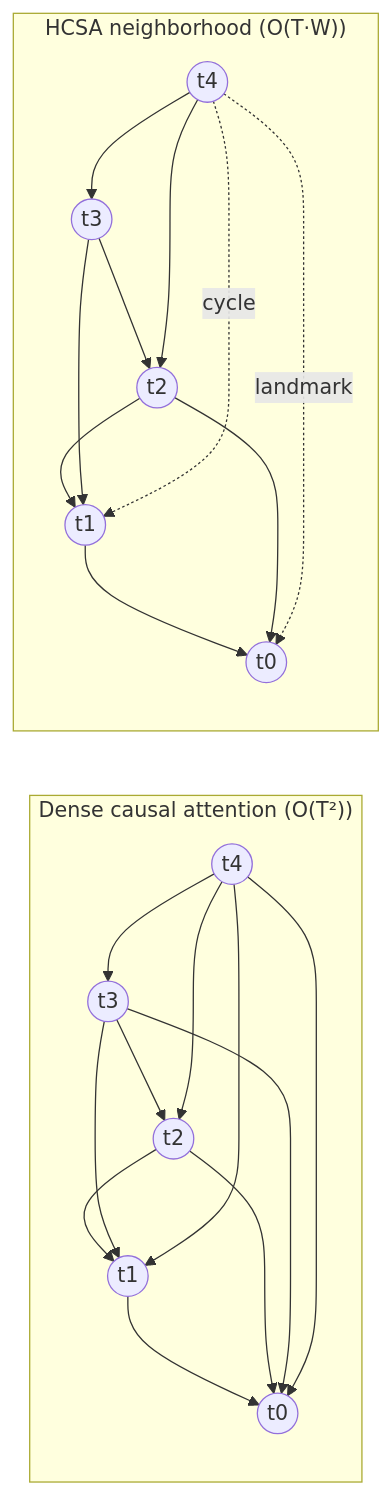
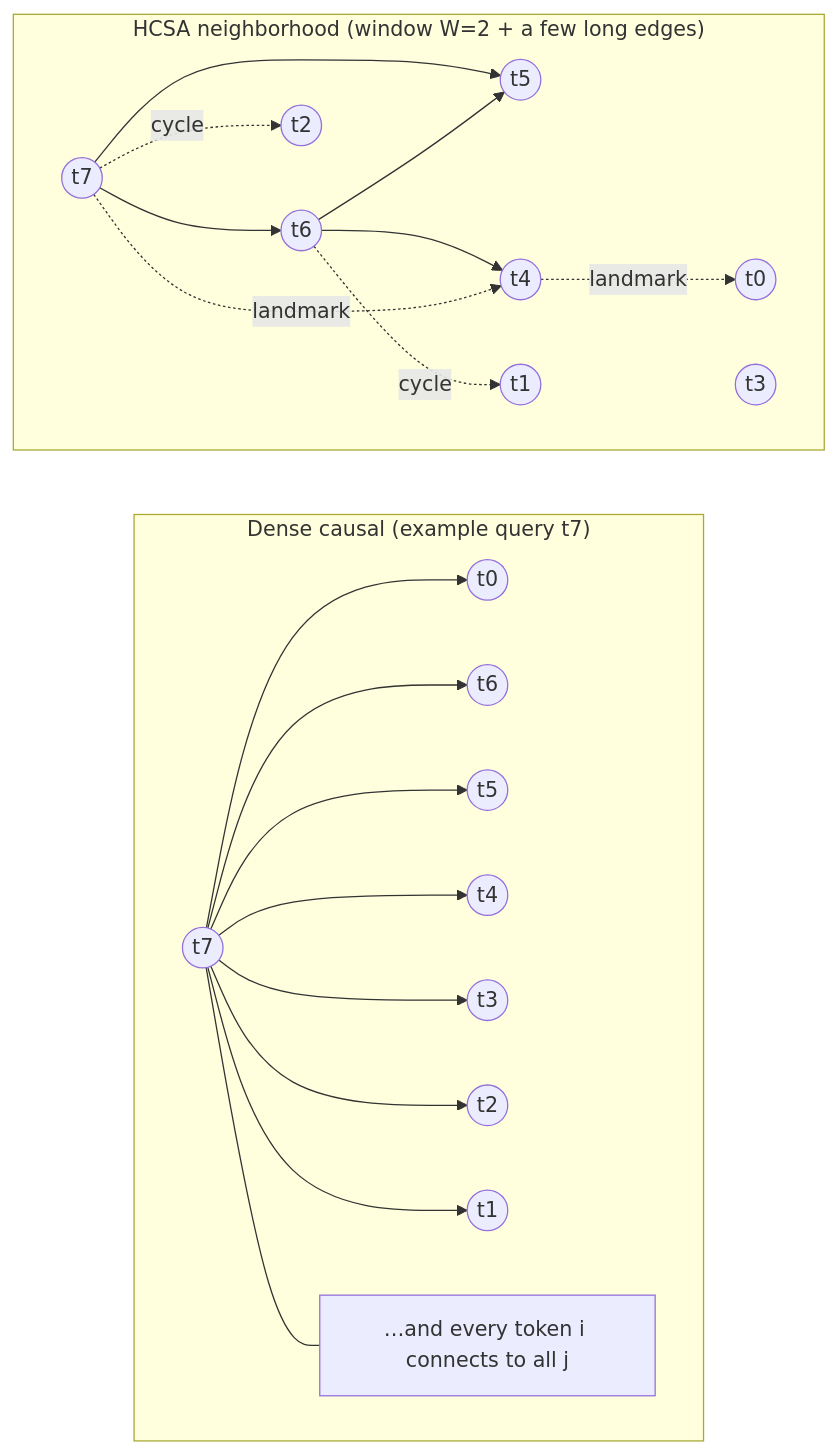
One commit to Hmbown/Butterfly changed the diagram in README.md. Above: the diagram before and after it, drawn with Mermaid. The commit also changed other lines of this file, not shown here.

Commit message:
README: clarify dense vs sparse token interactions

````diff
--- a/README.md
+++ b/README.md
@@ -11,29 +11,48 @@
 ```mermaid
 flowchart LR
-  subgraph D["Dense causal attention (O(T²))"]
+  subgraph D["Dense causal (example query t7)"]
+    direction LR
     d0((t0))
-    d1((t1)) --> d0
-    d2((t2)) --> d1
-    d2 --> d0
-    d3((t3)) --> d2
-    d3 --> d1
-    d3 --> d0
-    d4((t4)) --> d3
-    d4 --> d2
-    d4 --> d1
-    d4 --> d0
+    d1((t1))
+    d2((t2))
+    d3((t3))
+    d4((t4))
+    d5((t5))
+    d6((t6))
+    d7((t7))
+
+    d7 --> d6
+    d7 --> d5
+    d7 --> d4
+    d7 --> d3
+    d7 --> d2
+    d7 --> d1
+    d7 --> d0
+    nD["…and every token i connects to all j<i"]
+    d7 --- nD
   end
 
-  subgraph S["HCSA neighborhood (O(T·W))"]
+  subgraph S["HCSA neighborhood (window W=2 + a few long edges)"]
+    direction LR
     s0((t0))
-    s1((t1)) --> s0
-    s2((t2)) --> s1
-    s2 --> s0
-    s3((t3)) --> s2
-    s3 --> s1
-    s4((t4)) --> s3
-    s4 --> s2
-    s4 -. cycle .-> s1
+    s1((t1))
+    s2((t2))
+    s3((t3))
+    s4((t4))
+    s5((t5))
+    s6((t6))
+    s7((t7))
+
+    %% local window
+    s7 --> s6
+    s7 --> s5
+    s6 --> s5
+    s6 --> s4
+
+    %% sparse long edges (cycle + landmarks are examples)
+    s7 -. cycle .-> s2
+    s7 -. landmark .-> s4
+    s6 -. cycle .-> s1
     s4 -. landmark .-> s0
   end
 ```
````
